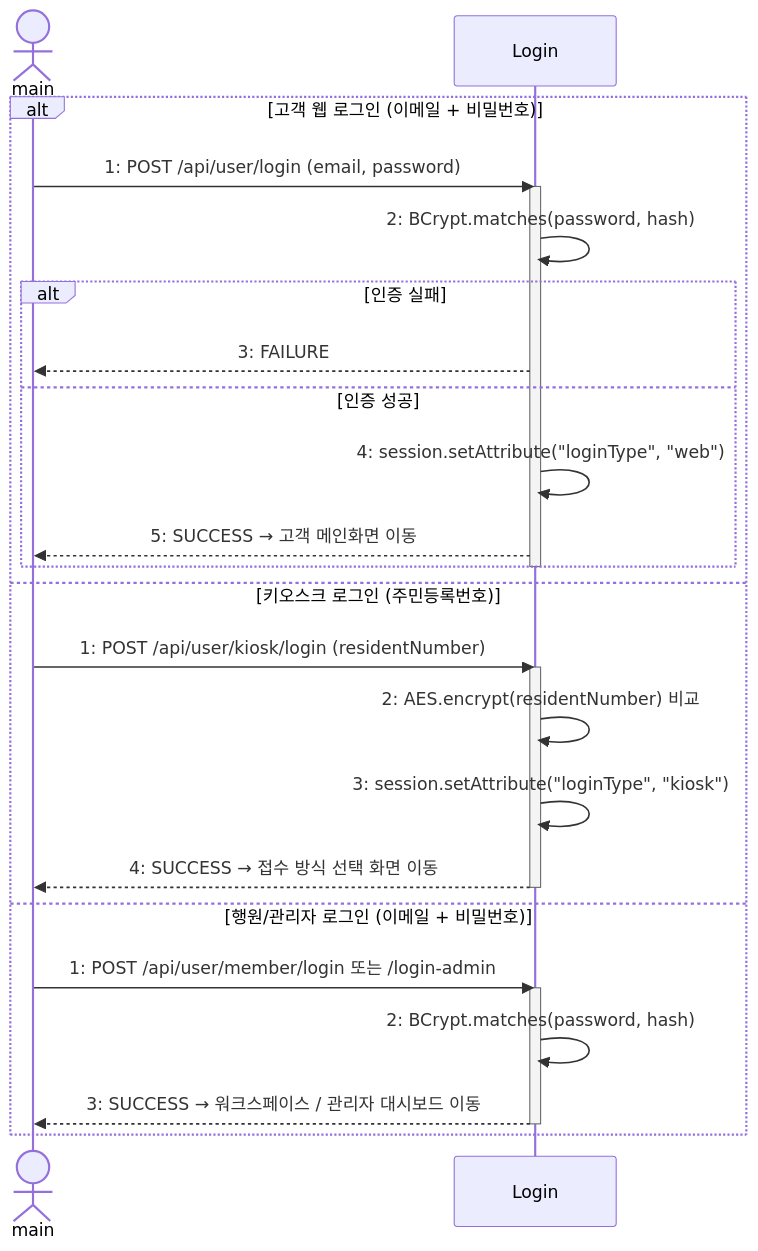
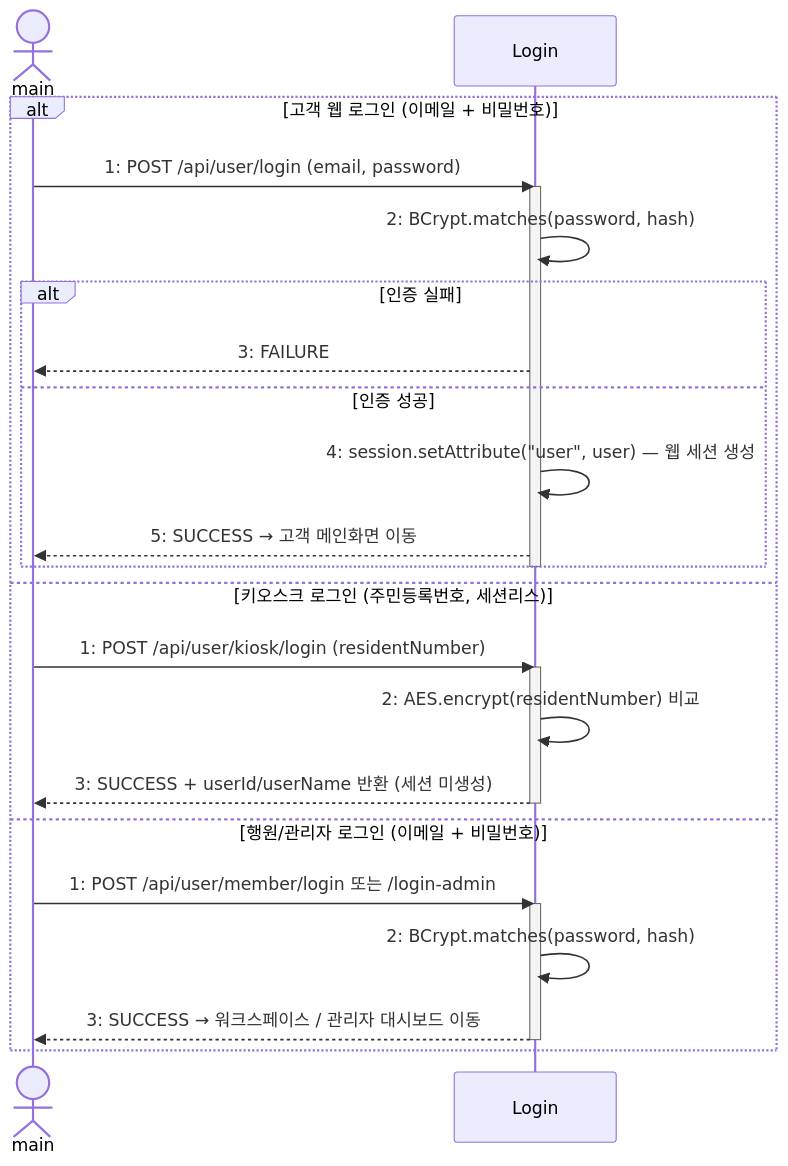
One commit to silversky621/BankScope changed the third of 11 diagrams in Design_[21622137_최재영].md. Above: the diagram before and after it, drawn with Mermaid. The commit also changed other lines of this file and 2 other files, not shown here.

Commit message:
docs: 키오스크 세션리스 전환 반영
- Conceptualization: CoO #1 로그인을 키오스크 세션리스(userId 반환) 방식으로 수정
- Analysis: Use Case #2, Domain Analysis #3 Login 세션리스 반영
- Design: Important Points 및 로그인 시퀀스 다이어그램 키오스크 세션 미생성 반영

````diff
--- a/Design_[21622137_최재영].md
+++ b/Design_[21622137_최재영].md
@@ -357,31 +358,30 @@
 ```mermaid
 sequenceDiagram
     actor main
     participant Login
 
     alt 고객 웹 로그인 (이메일 + 비밀번호)
         main->>Login: 1: POST /api/user/login (email, password)
         activate Login
         Login->>Login: 2: BCrypt.matches(password, hash)
         alt 인증 실패
             Login-->>main: 3: FAILURE
         else 인증 성공
-            Login->>Login: 4: session.setAttribute("loginType", "web")
+            Login->>Login: 4: session.setAttribute("user", user) — 웹 세션 생성
             Login-->>main: 5: SUCCESS → 고객 메인화면 이동
         end
         deactivate Login
-    else 키오스크 로그인 (주민등록번호)
+    else 키오스크 로그인 (주민등록번호, 세션리스)
         main->>Login: 1: POST /api/user/kiosk/login (residentNumber)
         activate Login
         Login->>Login: 2: AES.encrypt(residentNumber) 비교
-        Login->>Login: 3: session.setAttribute("loginType", "kiosk")
-        Login-->>main: 4: SUCCESS → 접수 방식 선택 화면 이동
+        Login-->>main: 3: SUCCESS + userId/userName 반환 (세션 미생성)
         deactivate Login
     else 행원/관리자 로그인 (이메일 + 비밀번호)
         main->>Login: 1: POST /api/user/member/login 또는 /login-admin
         activate Login
         Login->>Login: 2: BCrypt.matches(password, hash)
         Login-->>main: 3: SUCCESS → 워크스페이스 / 관리자 대시보드 이동
         deactivate Login
     end
 ```
````
